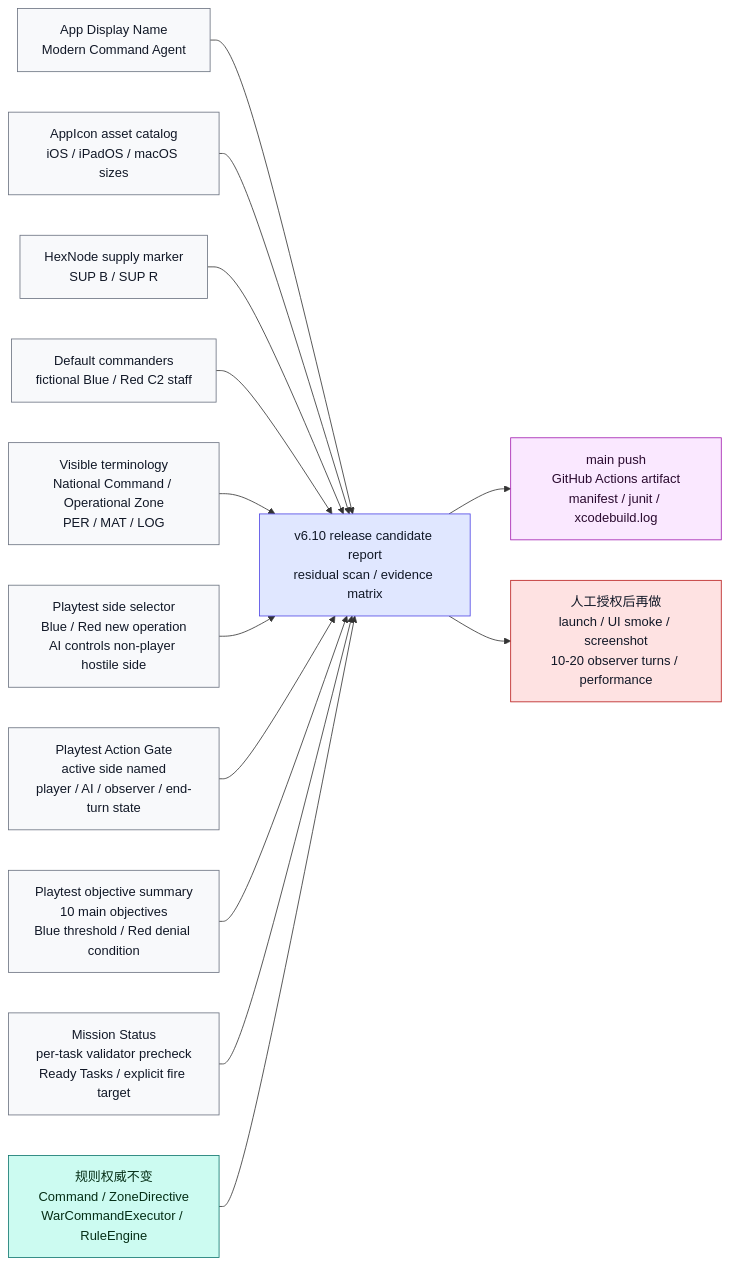
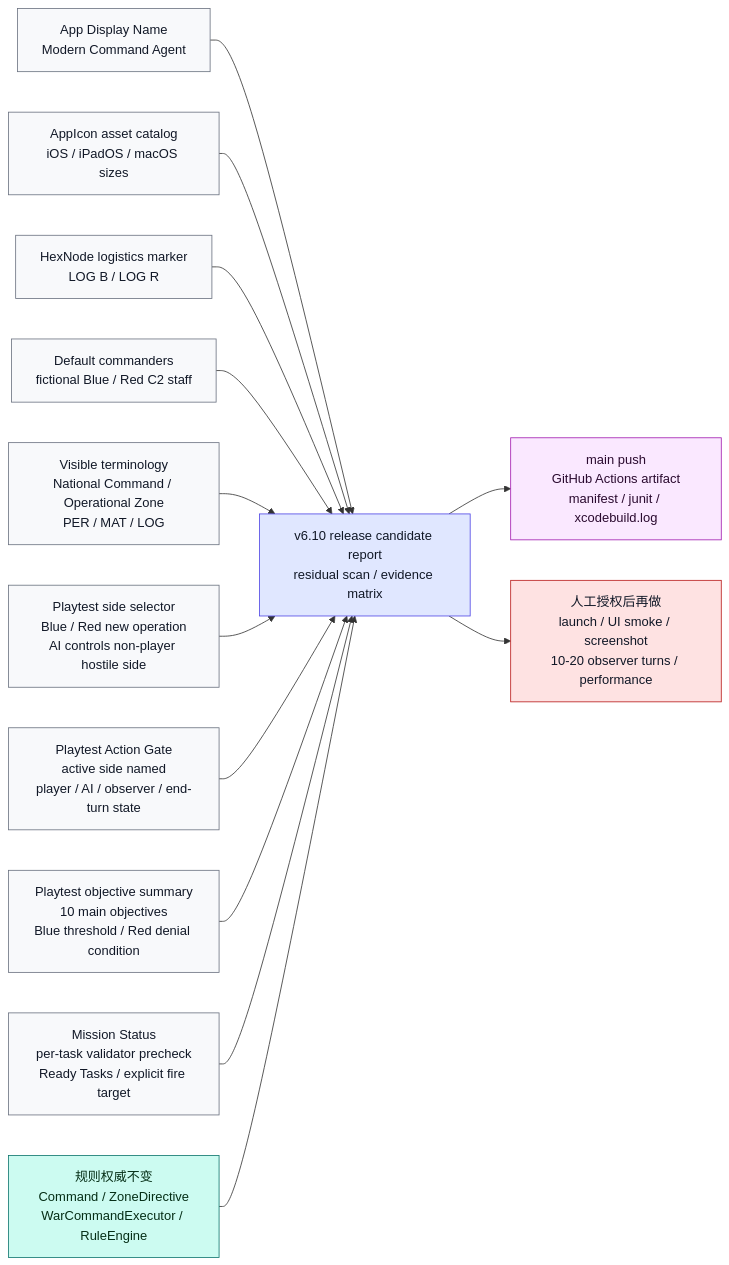
Before and after one commit to Altman-sam114/127: diagram 12 of 20 in md/flow/flowchart.md, drawn with Mermaid. The commit also changed 3 other files, not shown here.

````diff
--- a/md/flow/flowchart.md
+++ b/md/flow/flowchart.md
@@ -363,35 +363,35 @@
 ```mermaid
 flowchart LR
     DISPLAY["App Display Name<br/>Modern Command Agent"]:::display
     ICON["AppIcon asset catalog<br/>iOS / iPadOS / macOS sizes"]:::display
-    MAP["HexNode supply marker<br/>SUP B / SUP R"]:::display
+    MAP["HexNode logistics marker<br/>LOG B / LOG R"]:::display
     COMMANDERS["Default commanders<br/>fictional Blue / Red C2 staff"]:::display
     TERMS["Visible terminology<br/>National Command / Operational Zone<br/>PER / MAT / LOG"]:::display
     REPORT["v6.10 release candidate report<br/>residual scan / evidence matrix"]:::doc
     RULES["规则权威不变<br/>Command / ZoneDirective<br/>WarCommandExecutor / RuleEngine"]:::rules
     CLOUD["main push<br/>GitHub Actions artifact<br/>manifest / junit / xcodebuild.log"]:::cloud
     SIDE["Playtest side selector<br/>Blue / Red new operation<br/>AI controls non-player hostile side"]:::display
     GATE["Playtest Action Gate<br/>active side named<br/>player / AI / observer / end-turn state"]:::display
     OBJ["Playtest objective summary<br/>10 main objectives<br/>Blue threshold / Red denial condition"]:::display
     MISSION["Mission Status<br/>per-task validator precheck<br/>Ready Tasks / explicit fire target"]:::display
     RUNTIME["人工授权后再做<br/>launch / UI smoke / screenshot<br/>10-20 observer turns / performance"]:::risk
 
     DISPLAY --> REPORT
     ICON --> REPORT
     MAP --> REPORT
     COMMANDERS --> REPORT
     TERMS --> REPORT
     SIDE --> REPORT
     GATE --> REPORT
     OBJ --> REPORT
     MISSION --> REPORT
     RULES --> REPORT
     REPORT --> CLOUD
     REPORT --> RUNTIME
 
     classDef display fill:#f8f9fb,stroke:#6b7280,color:#111827
     classDef doc fill:#e0e7ff,stroke:#4f46e5,color:#111827
     classDef rules fill:#ccfbf1,stroke:#0f766e,color:#052e16
     classDef cloud fill:#fae8ff,stroke:#a21caf,color:#2a0a2f
     classDef risk fill:#fee2e2,stroke:#b91c1c,color:#111827
 ```
````
